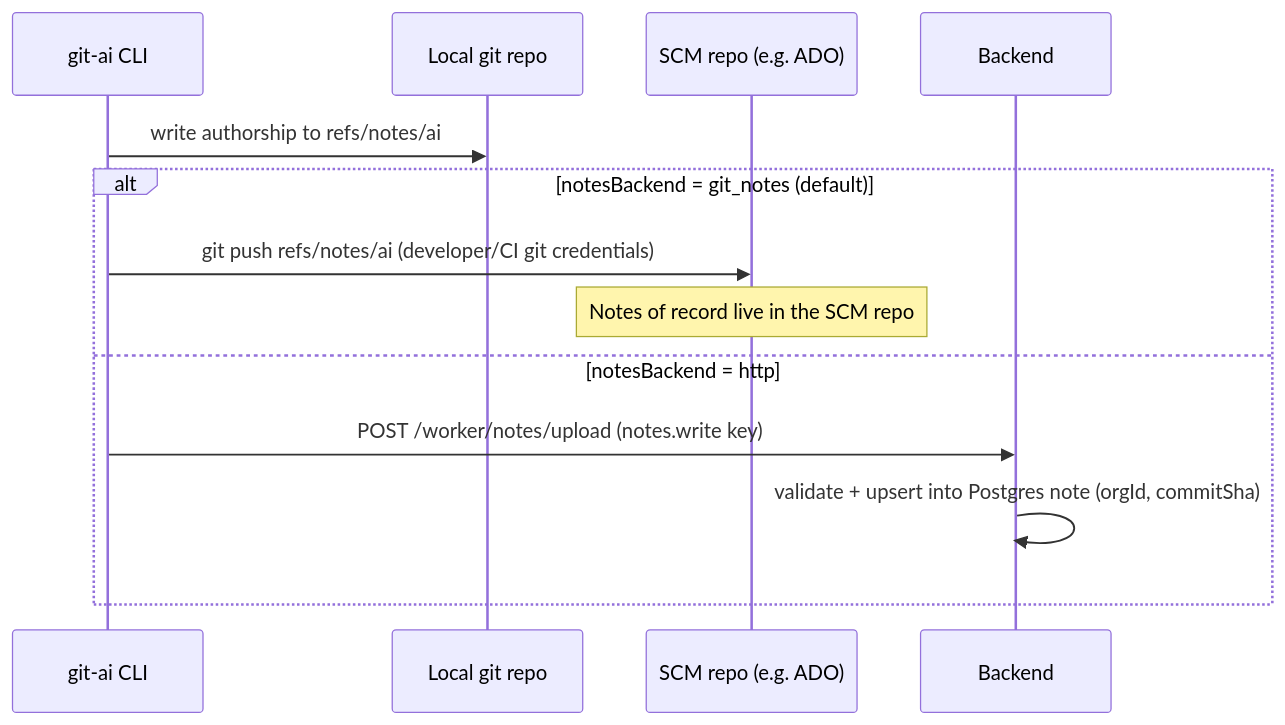
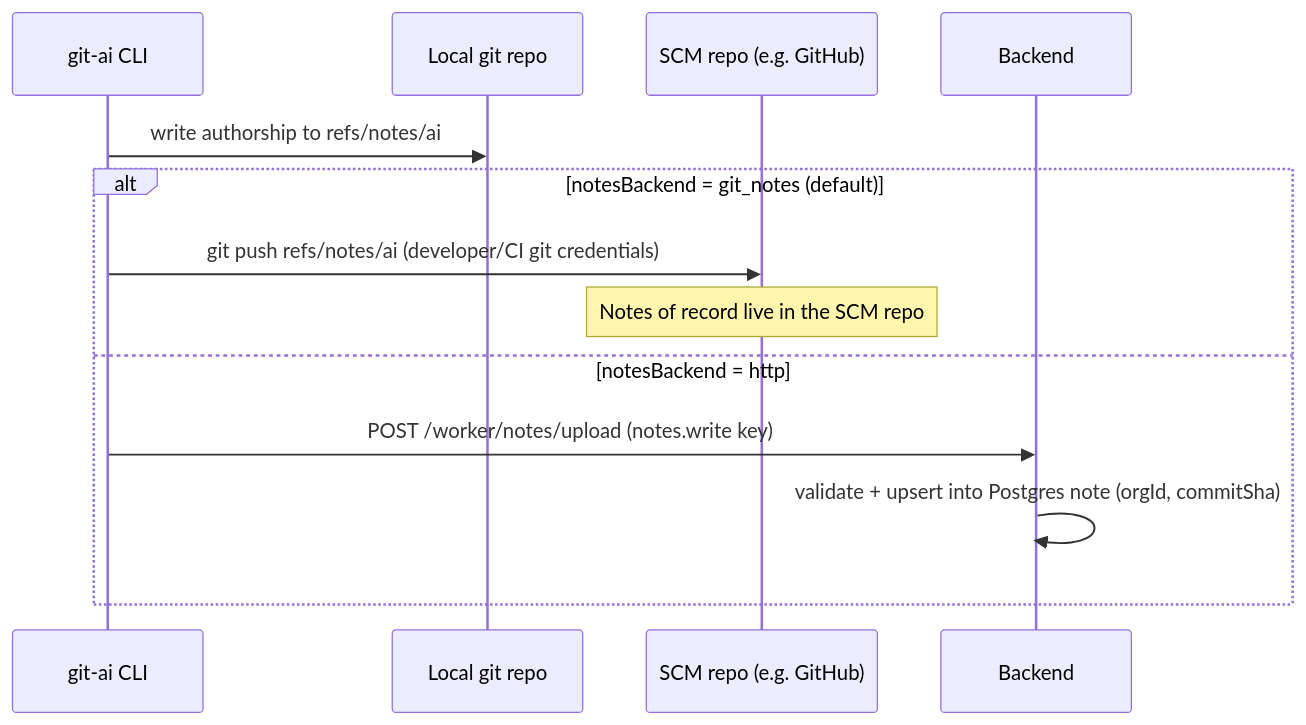
The second of 3 diagrams in docs/architecture-and-security.md (git-ai-project/self-hosted), drawn with Mermaid before and after one commit. The commit also changed other lines of this file, not shown here.

````diff
--- a/docs/architecture-and-security.md
+++ b/docs/architecture-and-security.md
@@ -211,15 +184,15 @@
 ```mermaid
 sequenceDiagram
   participant CLI as git-ai CLI
   participant REPO as Local git repo
-  participant SCM as SCM repo (e.g. ADO)
+  participant SCM as SCM repo (e.g. GitHub)
   participant WEB as Backend
   CLI->>REPO: write authorship to refs/notes/ai
   alt notesBackend = git_notes (default)
     CLI->>SCM: git push refs/notes/ai (developer/CI git credentials)
     Note over SCM: Notes of record live in the SCM repo
   else notesBackend = http
     CLI->>WEB: POST /worker/notes/upload (notes.write key)
     WEB->>WEB: validate + upsert into Postgres note (orgId, commitSha)
   end
 ```
````
